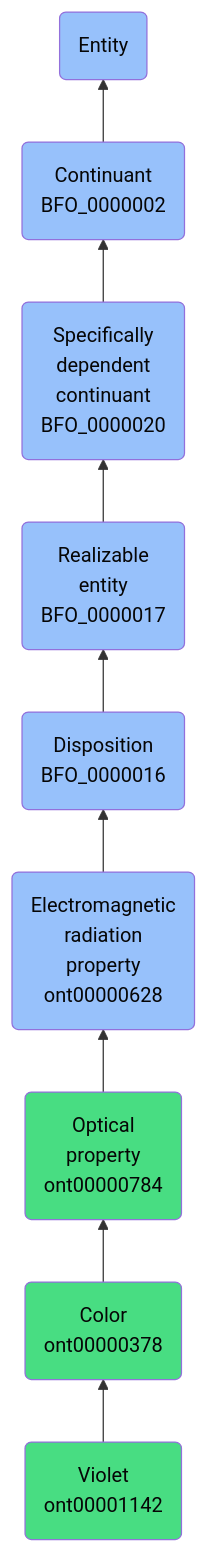
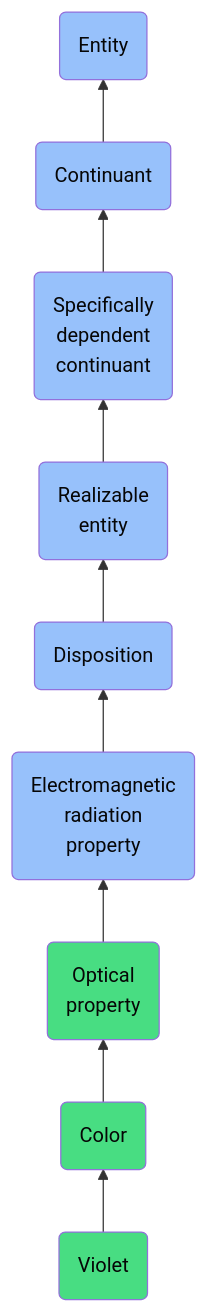
The diagram in docs/ontology/reference/model/Entity/Continuant/Specifically dependent continuant/Realizable entity/Disposition/Electromagnetic radiation property/Optical property/Color/Violet/Violet.md (jupyter-naas/abi), drawn with Mermaid before and after one commit. The commit also changed other lines of this file and 1430 other files, not shown here.

````diff
--- a/docs/ontology/reference/model/Entity/Continuant/Specifically dependent continuant/Realizable entity/Disposition/Electromagnetic radiation property/Optical property/Color/Violet/Violet.md
+++ b/docs/ontology/reference/model/Entity/Continuant/Specifically dependent continuant/Realizable entity/Disposition/Electromagnetic radiation property/Optical property/Color/Violet/Violet.md
@@ -24,16 +24,16 @@
 ```mermaid
 graph BT
-    ont00001142(Violet<br>ont00001142):::ABI-->ont00000378
-    ont00000378(Color<br>ont00000378):::ABI-->ont00000784
-    ont00000784(Optical<br>property<br>ont00000784):::ABI-->ont00000628
-    ont00000628(Electromagnetic<br>radiation<br>property<br>ont00000628):::BFO-->BFO_0000016
-    BFO_0000016(Disposition<br>BFO_0000016):::BFO-->BFO_0000017
-    BFO_0000017(Realizable<br>entity<br>BFO_0000017):::BFO-->BFO_0000020
-    BFO_0000020(Specifically<br>dependent<br>continuant<br>BFO_0000020):::BFO-->BFO_0000002
-    BFO_0000002(Continuant<br>BFO_0000002):::BFO-->BFO_0000001
+    ont00001142(Violet):::ABI-->ont00000378
+    ont00000378(Color):::ABI-->ont00000784
+    ont00000784(Optical<br>property):::ABI-->ont00000628
+    ont00000628(Electromagnetic<br>radiation<br>property):::BFO-->BFO_0000016
+    BFO_0000016(Disposition):::BFO-->BFO_0000017
+    BFO_0000017(Realizable<br>entity):::BFO-->BFO_0000020
+    BFO_0000020(Specifically<br>dependent<br>continuant):::BFO-->BFO_0000002
+    BFO_0000002(Continuant):::BFO-->BFO_0000001
     BFO_0000001(Entity):::BFO
     
     classDef BFO fill:#97c1fb,color:#060606
     classDef CCO fill:#e4c51e,color:#060606
     classDef ABI fill:#48DD82,color:#060606
 ```
````
